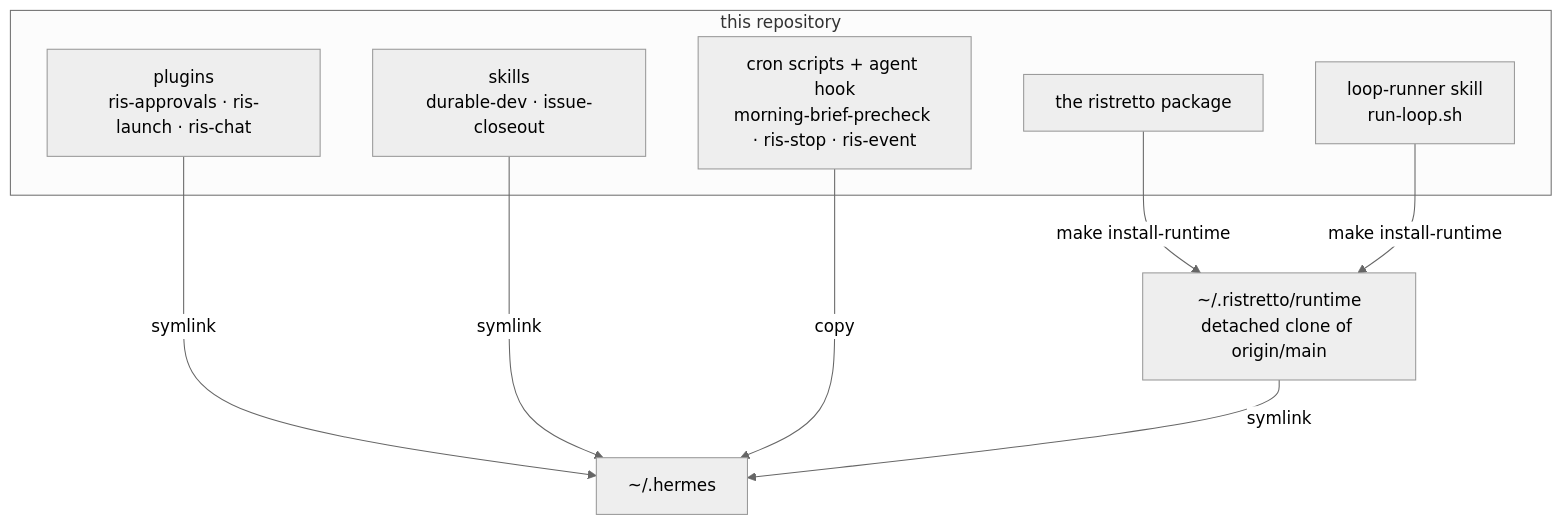
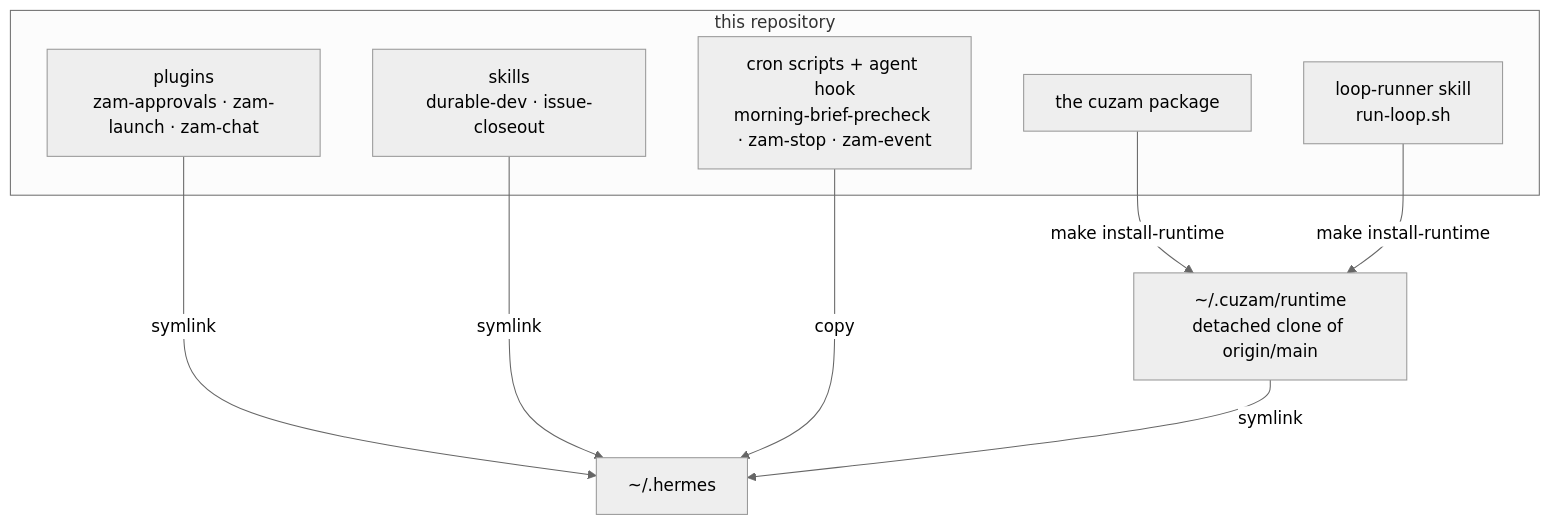
One commit to SilviaAre95/ristretto-ai changed the second of 2 diagrams in README.md. Above: the diagram before and after it, drawn with Mermaid (neutral theme). The commit also changed other lines of this file and 184 other files, not shown here.

First line of the commit message:
chore(rename): Ristretto -> Cuzam, Nemo/Ris -> Zam

````diff
--- a/README.md
+++ b/README.md
@@ -50,19 +50,19 @@
 ```mermaid
 flowchart TB
     subgraph REPO["this repository"]
-        PL[plugins<br/>ris-approvals · ris-launch · ris-chat]
+        PL[plugins<br/>zam-approvals · zam-launch · zam-chat]
         SK[skills<br/>durable-dev · issue-closeout]
-        SC[cron scripts + agent hook<br/>morning-brief-precheck · ris-stop · ris-event]
+        SC[cron scripts + agent hook<br/>morning-brief-precheck · zam-stop · zam-event]
         LR[loop-runner skill<br/>run-loop.sh]
-        PKG[the ristretto package]
+        PKG[the cuzam package]
     end
-    PIN["~/.ristretto/runtime<br/>detached clone of origin/main"]
+    PIN["~/.cuzam/runtime<br/>detached clone of origin/main"]
     HH["~/.hermes"]
 
     PL -->|symlink| HH
     SK -->|symlink| HH
     SC -->|copy| HH
     PKG -->|make install-runtime| PIN
     LR -->|make install-runtime| PIN
     PIN -->|symlink| HH
 ```
````
